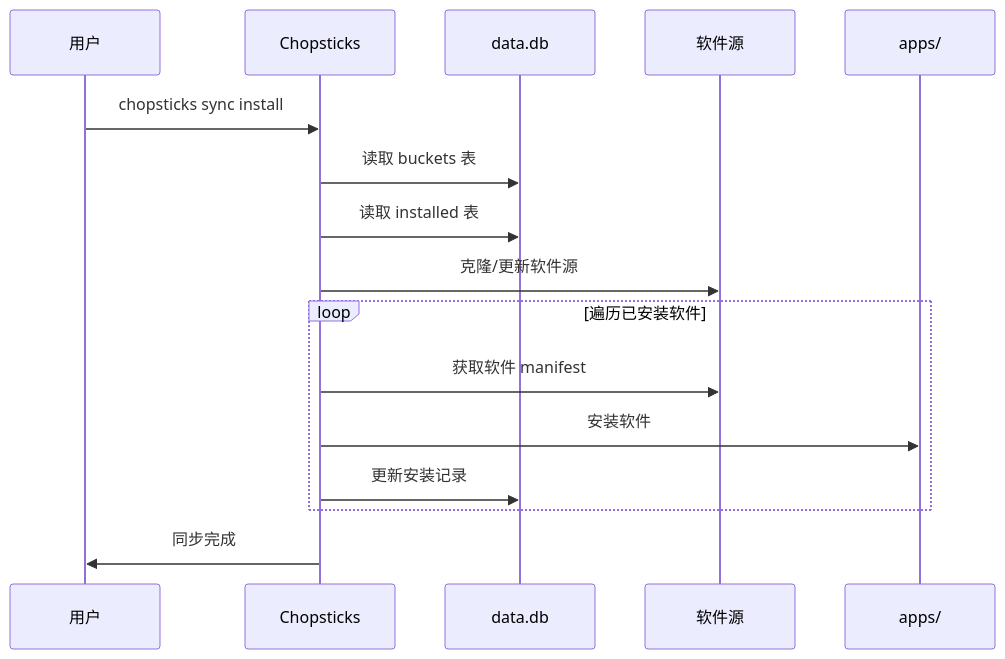
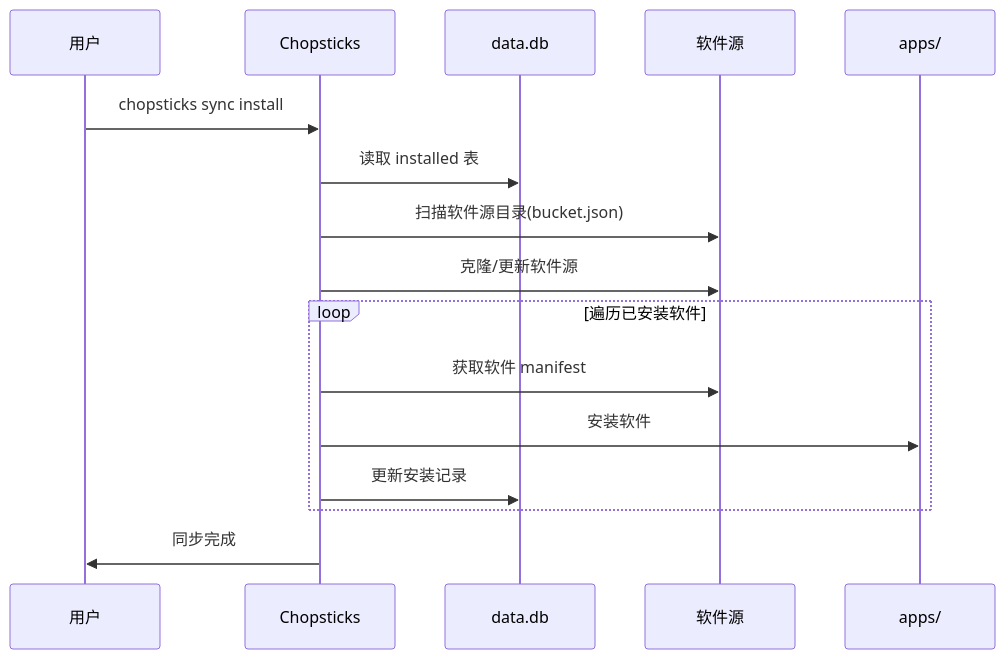
The diagram in wiki/user/USAGE.md (morning-start/chopsticks), drawn with Mermaid before and after one commit. The commit also changed other lines of this file and 13 other files, not shown here.

````diff
--- a/wiki/user/USAGE.md
+++ b/wiki/user/USAGE.md
@@ -580,19 +580,19 @@
 ```mermaid
 sequenceDiagram
     participant U as 用户
     participant C as Chopsticks
     participant D as data.db
     participant B as 软件源
     participant A as apps/
 
     U->>C: chopsticks sync install
-    C->>D: 读取 buckets 表
     C->>D: 读取 installed 表
+    C->>B: 扫描软件源目录(bucket.json)
     C->>B: 克隆/更新软件源
     loop 遍历已安装软件
         C->>B: 获取软件 manifest
         C->>A: 安装软件
         C->>D: 更新安装记录
     end
     C->>U: 同步完成
 ```
````
